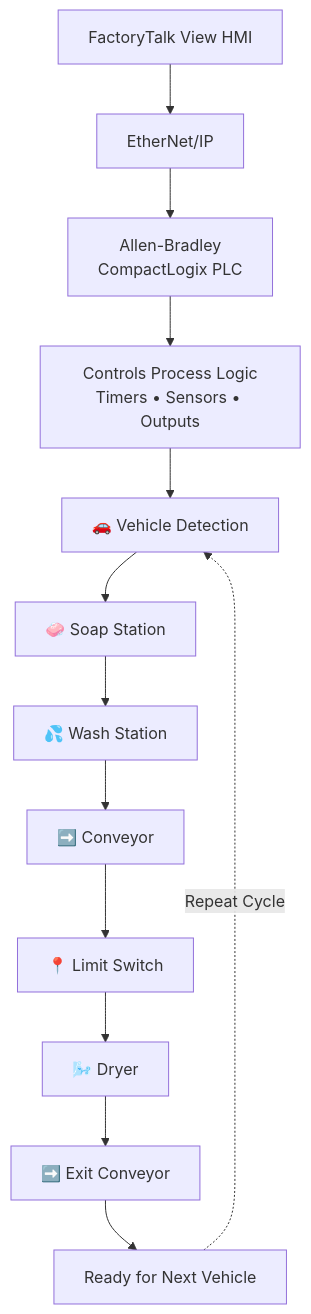
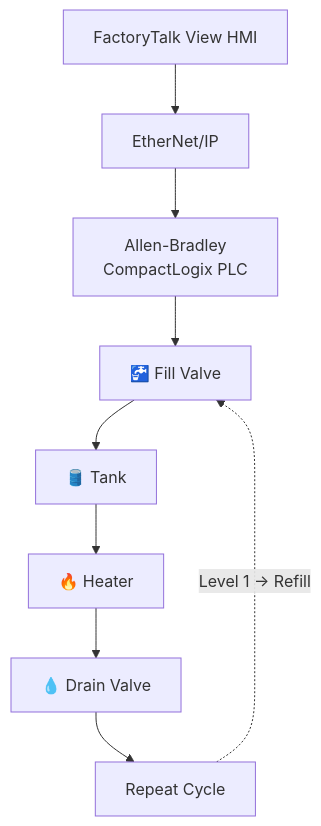
The diagram in README.md (AnilPantula/Industrial-Water-Tank-Process-Control-System), drawn with Mermaid before and after one commit. The commit also changed other lines of this file, not shown here.

First line of the commit message:
Revise README for water tank process control system

````diff
--- a/README.md
+++ b/README.md
@@ -81,17 +78,13 @@
 ```mermaid
 flowchart TB
 HMI["FactoryTalk View HMI"]
 NET["EtherNet/IP"]
 PLC["Allen-Bradley<br/>CompactLogix PLC"]
 HMI --> NET --> PLC
-PLC --> CTRL["Controls Process Logic<br/>Timers • Sensors • Outputs"]
-CTRL --> DETECT["🚗 Vehicle Detection"]
-DETECT --> SOAP["🧼 Soap Station"]
-SOAP --> WASH["💦 Wash Station"]
-WASH --> CONV["➡️ Conveyor"]
-CONV --> LIMIT["📍 Limit Switch"]
-LIMIT --> DRYER["🌬️ Dryer"]
-DRYER --> EXIT["➡️ Exit Conveyor"]
-EXIT --> READY["Ready for Next Vehicle"]
-READY -. Repeat Cycle .-> DETECT
+PLC --> FILL["🚰 Fill Valve"]
+FILL --> TANK["🛢️ Tank"]
+TANK --> HEAT["🔥 Heater"]
+HEAT --> DRAIN["💧 Drain Valve"]
+DRAIN --> CYCLE["Repeat Cycle"]
+CYCLE -. Level 1 → Refill .-> FILL
 ```
````
